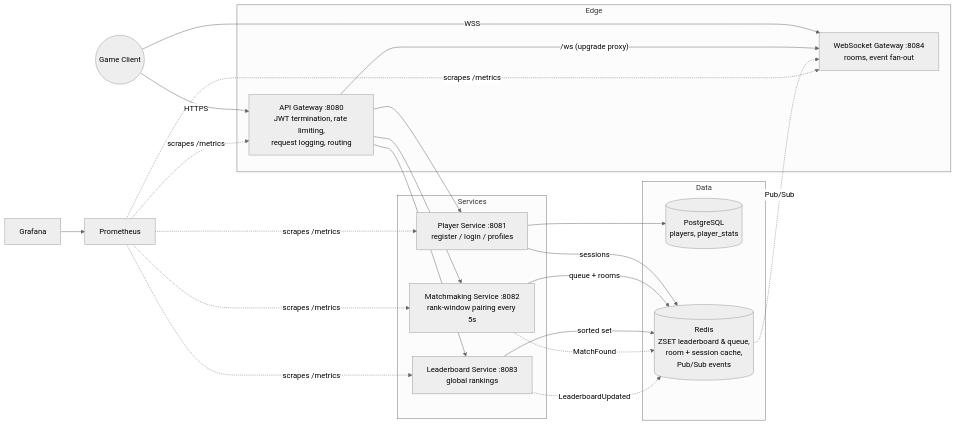
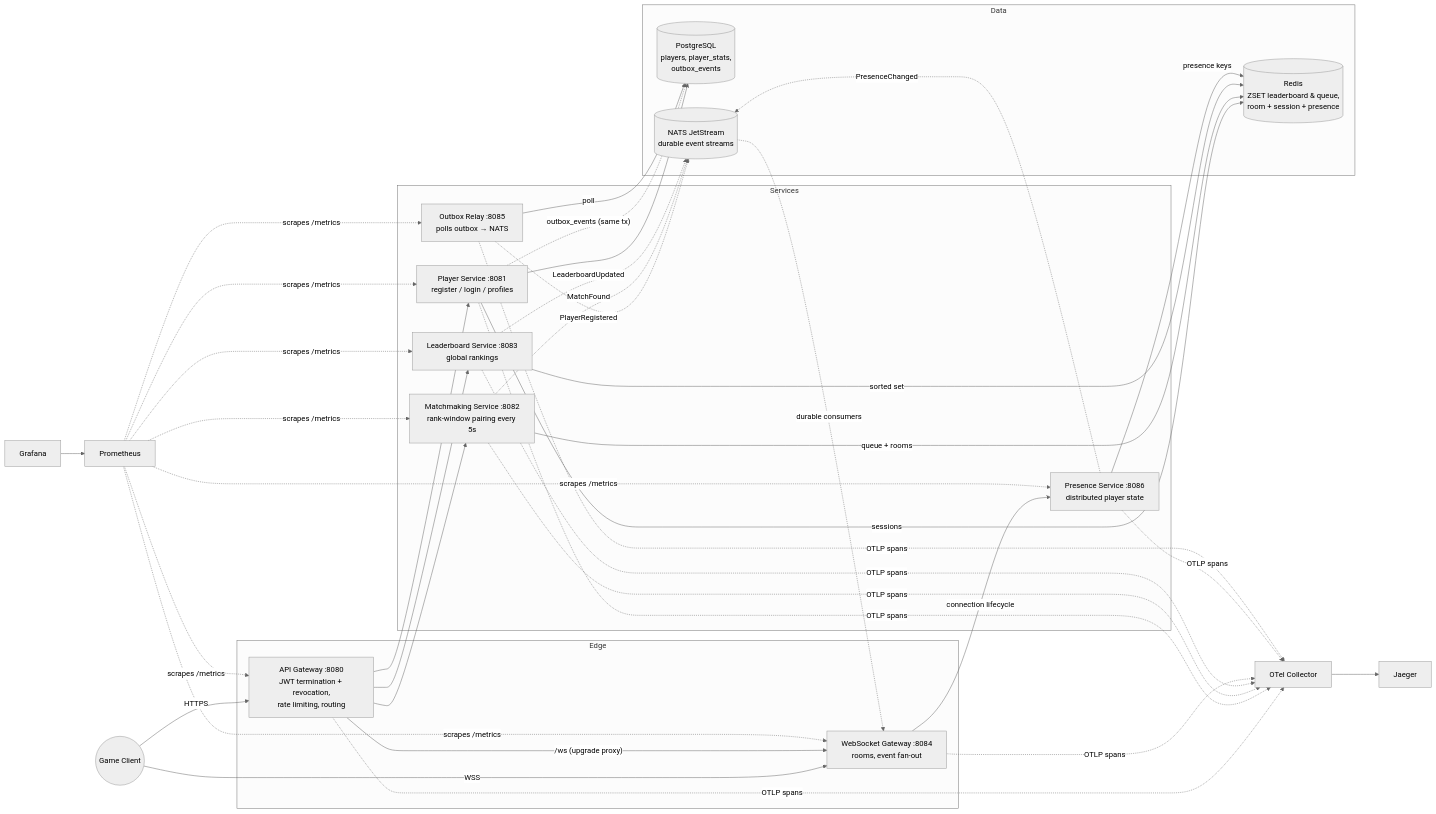
Before and after one commit to AlpNuhoglu/gamemesh: the first of 2 diagrams in README.md, drawn with Mermaid (neutral theme). The commit also changed other lines of this file, not shown here.

First line of the commit message:
docs(readme): document presence, outbox, NATS and OpenTelemetry layers

````diff
--- a/README.md
+++ b/README.md
@@ -14,35 +16,47 @@
 ```mermaid
 flowchart LR
     Client(("Game Client"))
 
     subgraph Edge
-        GW["API Gateway :8080<br/>JWT termination, rate limiting,<br/>request logging, routing"]
+        GW["API Gateway :8080<br/>JWT termination + revocation,<br/>rate limiting, routing"]
         WS["WebSocket Gateway :8084<br/>rooms, event fan-out"]
     end
 
     subgraph Services
         PL["Player Service :8081<br/>register / login / profiles"]
         MM["Matchmaking Service :8082<br/>rank-window pairing every 5s"]
         LB["Leaderboard Service :8083<br/>global rankings"]
+        PR["Presence Service :8086<br/>distributed player state"]
+        OR["Outbox Relay :8085<br/>polls outbox → NATS"]
     end
 
     subgraph Data
-        PG[("PostgreSQL<br/>players, player_stats")]
-        RD[("Redis<br/>ZSET leaderboard & queue,<br/>room + session cache,<br/>Pub/Sub events")]
+        PG[("PostgreSQL<br/>players, player_stats,<br/>outbox_events")]
+        RD[("Redis<br/>ZSET leaderboard & queue,<br/>room + session + presence")]
+        NATS[("NATS JetStream<br/>durable event streams")]
     end
 
     Client -->|HTTPS| GW
     Client -->|WSS| WS
     GW --> PL & MM & LB
     GW -->|"/ws (upgrade proxy)"| WS
+    WS -->|connection lifecycle| PR
     PL --> PG
     PL -->|sessions| RD
     MM -->|queue + rooms| RD
     LB -->|sorted set| RD
-    MM -.->|MatchFound| RD
-    LB -.->|LeaderboardUpdated| RD
-    RD -.->|Pub/Sub| WS
+    PR -->|presence keys| RD
 
-    PROM["Prometheus"] -. scrapes /metrics .-> GW & PL & MM & LB & WS
+    PL -.->|"outbox_events (same tx)"| PG
+    OR -->|poll| PG
+    OR -.->|PlayerRegistered| NATS
+    MM -.->|MatchFound| NATS
+    LB -.->|LeaderboardUpdated| NATS
+    PR -.->|PresenceChanged| NATS
+    NATS -.->|durable consumers| WS
+
+    PROM["Prometheus"] -. scrapes /metrics .-> GW & PL & MM & LB & WS & PR & OR
     GRAF["Grafana"] --> PROM
+    OTELC["OTel Collector"] --> JG["Jaeger"]
+    GW & PL & MM & LB & WS & PR & OR -. OTLP spans .-> OTELC
 ```
````
